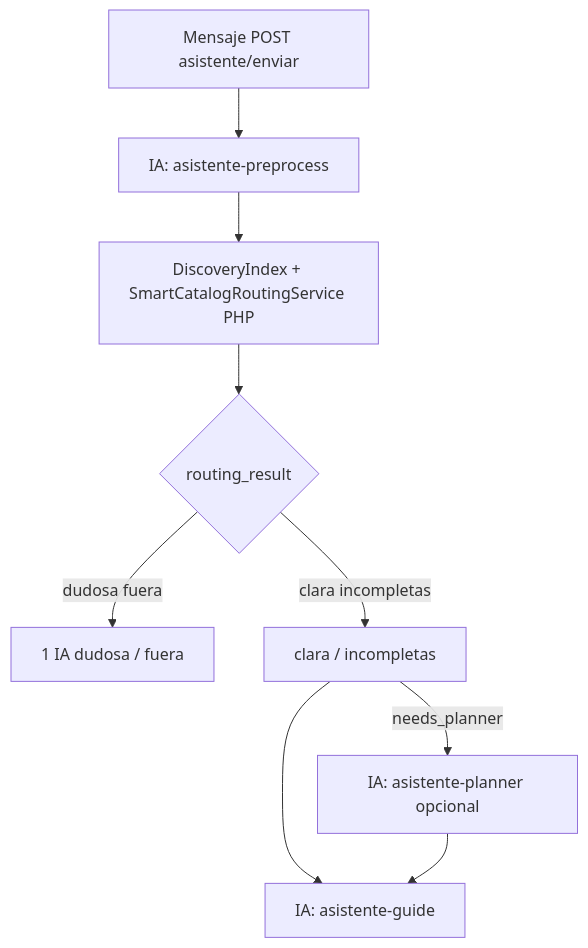
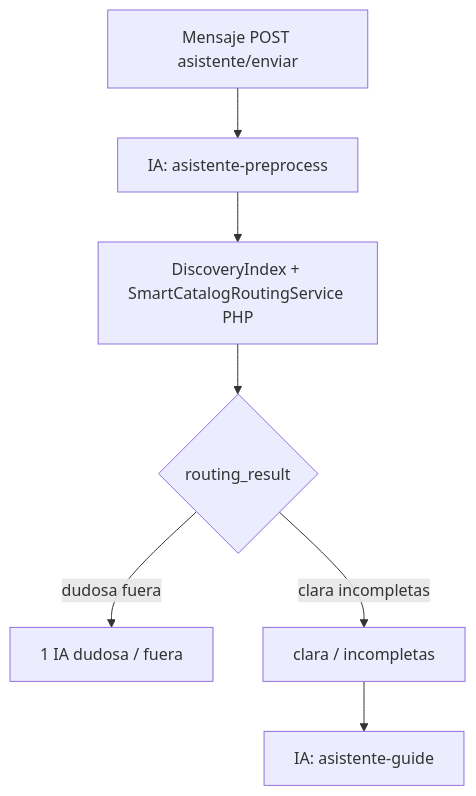
Before and after one commit to luischanferoni/bioenlace: the first of 2 diagrams in web/docs/costos/estrategias-reduccion/matriz-casos-uso.md, drawn with Mermaid. The commit also changed other lines of this file and 30 other files, not shown here.

````diff
--- a/web/docs/costos/estrategias-reduccion/matriz-casos-uso.md
+++ b/web/docs/costos/estrategias-reduccion/matriz-casos-uso.md
@@ -26,15 +26,13 @@
 ```mermaid
 flowchart TB
   M[Mensaje POST asistente/enviar]
   P[IA: asistente-preprocess]
   MCH[DiscoveryIndex + SmartCatalogRoutingService PHP]
   H{routing_result}
   D[1 IA dudosa / fuera]
   INC[clara / incompletas]
   G[IA: asistente-guide]
-  PLN[IA: asistente-planner opcional]
   M --> P --> MCH --> H
   H -->|dudosa fuera| D
   H -->|clara incompletas| INC --> G
-  INC -->|needs_planner| PLN --> G
 ```
````
